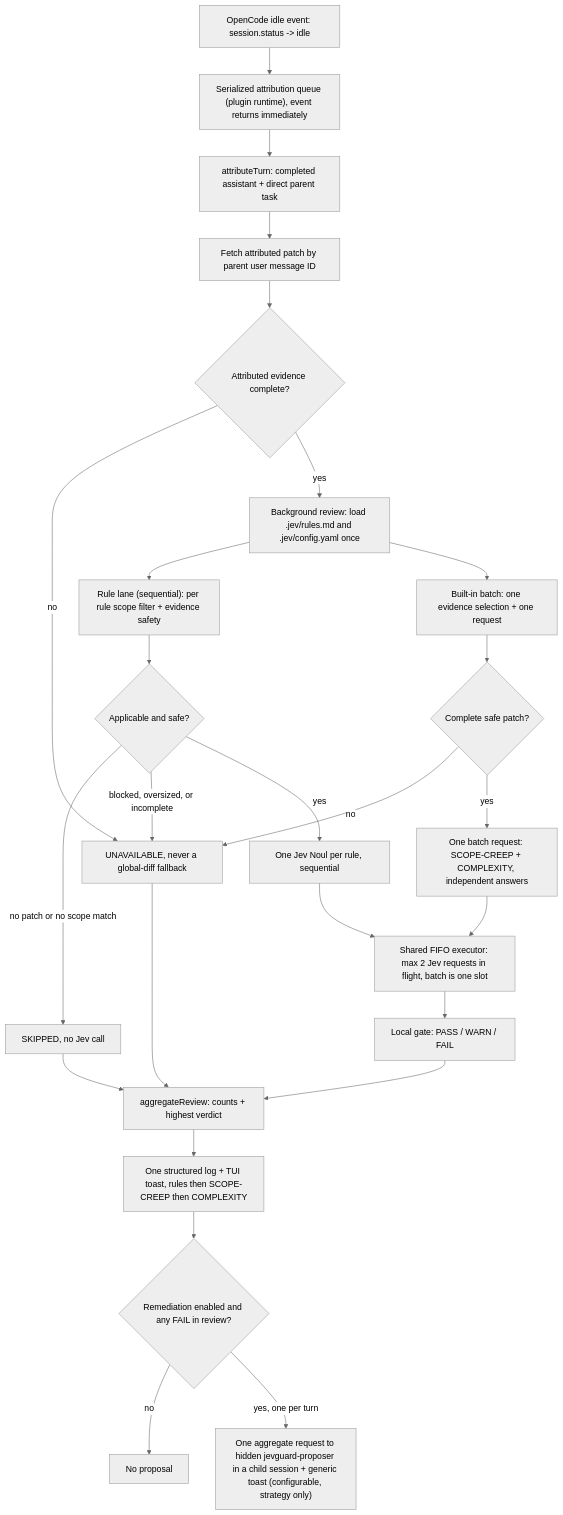
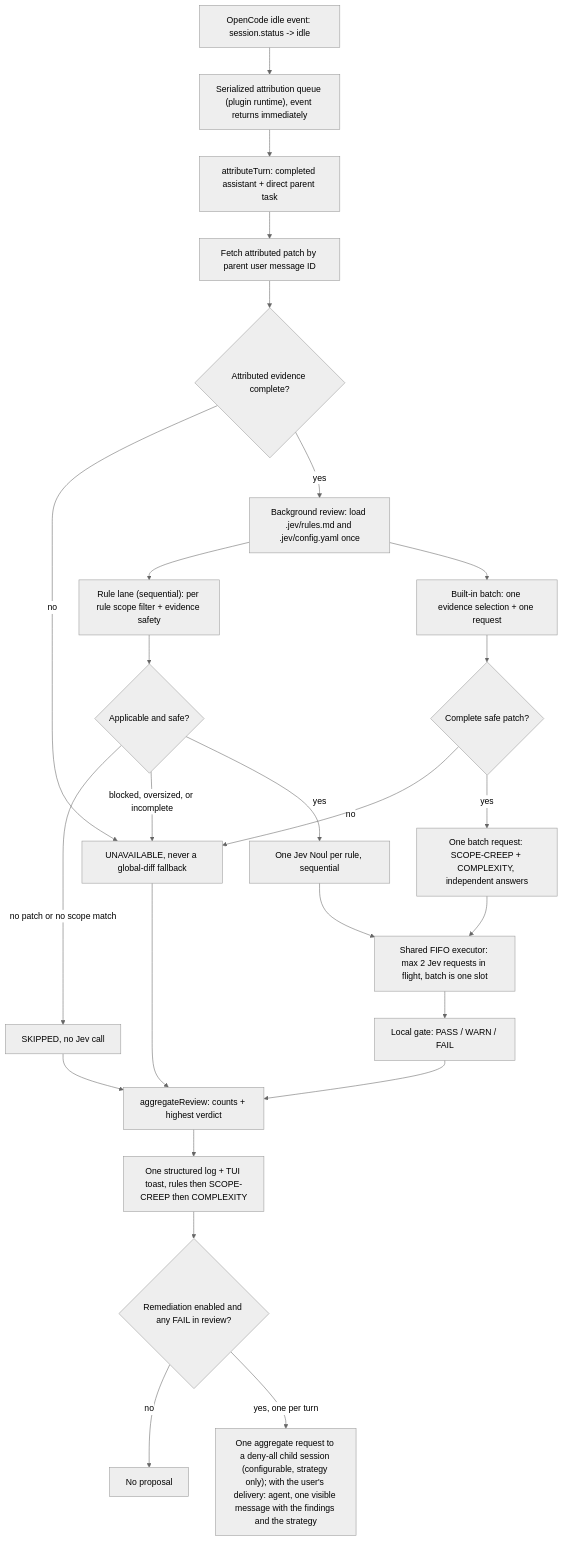
One commit to pablozr/JevGuard changed the diagram in CONTRIBUTING.md. Above: the diagram before and after it, drawn with Mermaid (neutral theme). The commit also changed other lines of this file and 2 other files, not shown here.

Commit message:
docs: sync README, CONTRIBUTING and AGENTS with OpenCode 2.2.x, CI, published ADRs and single agent delivery

````diff
--- a/CONTRIBUTING.md
+++ b/CONTRIBUTING.md
@@ -115,28 +117,28 @@
 ```mermaid
 flowchart TD
     A["OpenCode idle event: session.status -> idle"] --> B["Serialized attribution queue (plugin runtime), event returns immediately"]
     B --> C["attributeTurn: completed assistant + direct parent task"]
     C --> D["Fetch attributed patch by parent user message ID"]
     D --> E{"Attributed evidence complete?"}
     E -->|no| X["UNAVAILABLE, never a global-diff fallback"]
     E -->|yes| F["Background review: load .jev/rules.md and .jev/config.yaml once"]
     F --> G["Rule lane (sequential): per rule scope filter + evidence safety"]
     F --> N["Built-in batch: one evidence selection + one request"]
     G --> H{"Applicable and safe?"}
     H -->|no patch or no scope match| S["SKIPPED, no Jev call"]
     H -->|blocked, oversized, or incomplete| X
     H -->|yes| I["One Jev Noul per rule, sequential"]
     N --> O{"Complete safe patch?"}
     O -->|no| X
     O -->|yes| Q["One batch request: SCOPE-CREEP + COMPLEXITY, independent answers"]
     I --> R["Shared FIFO executor: max 2 Jev requests in flight, batch is one slot"]
     Q --> R
     R --> J["Local gate: PASS / WARN / FAIL"]
     J --> K["aggregateReview: counts + highest verdict"]
     S --> K
     X --> K
     K --> L["One structured log + TUI toast, rules then SCOPE-CREEP then COMPLEXITY"]
     L --> M{"Remediation enabled and any FAIL in review?"}
     M -->|no| Z["No proposal"]
-    M -->|yes, one per turn| P["One aggregate request to hidden jevguard-proposer in a child session + generic toast (configurable, strategy only)"]
+    M -->|yes, one per turn| P["One aggregate request to a deny-all child session (configurable, strategy only); with the user's delivery: agent, one visible message with the findings and the strategy"]
 ```
````
